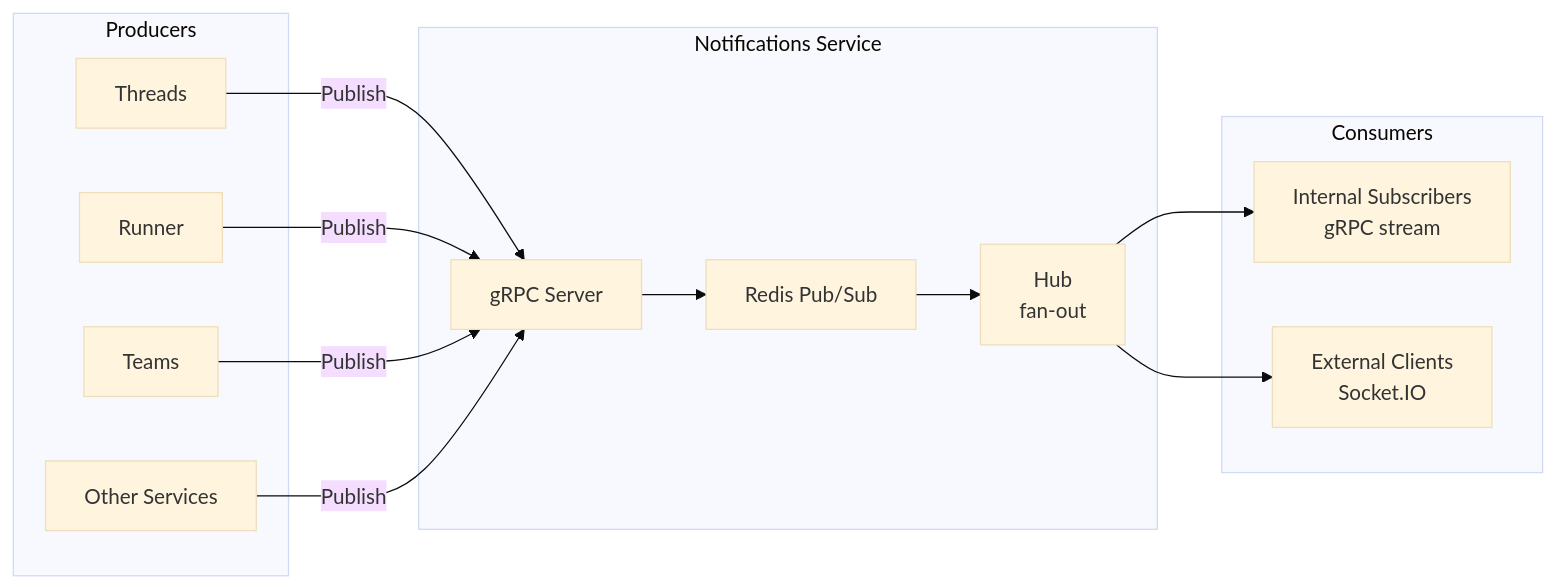
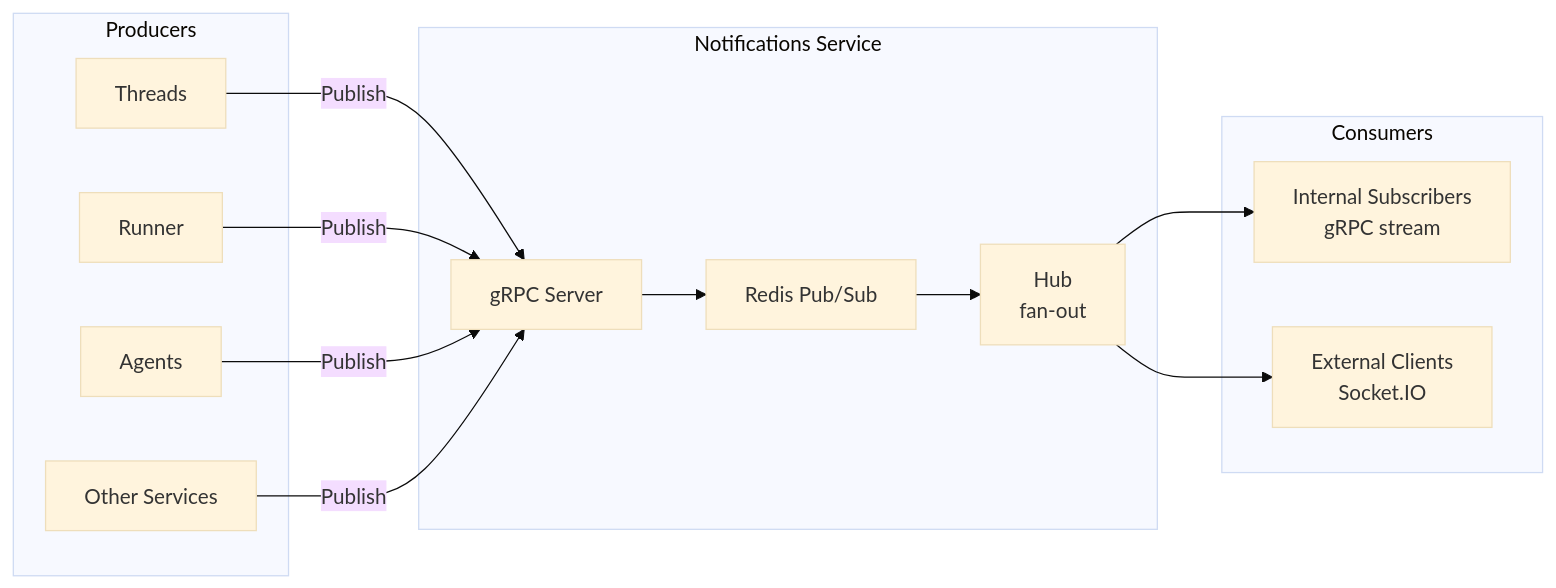
One commit to agynio/architecture changed the diagram in architecture/notifications.md. Above: the diagram before and after it, drawn with Mermaid (base theme). The commit also changed other lines of this file and 17 other files, not shown here.

First line of the commit message:
feat: rename Teams → Agents, migrate Gateway to ConnectRPC

````diff
--- a/architecture/notifications.md
+++ b/architecture/notifications.md
@@ -11,26 +11,26 @@
 ```mermaid
 graph LR
     subgraph Producers
         Threads
         Runner
-        Teams
+        Agents
         Other[Other Services]
     end
 
     subgraph Notifications Service
         Server[gRPC Server]
         Redis[Redis Pub/Sub]
         Hub[Hub<br/>fan-out]
     end
 
     subgraph Consumers
         IntSub[Internal Subscribers<br/>gRPC stream]
         ExtSub[External Clients<br/>Socket.IO]
     end
 
-    Threads & Runner & Teams & Other -->|Publish| Server
+    Threads & Runner & Agents & Other -->|Publish| Server
     Server --> Redis
     Redis --> Hub
     Hub --> IntSub
     Hub --> ExtSub
 ```
````
